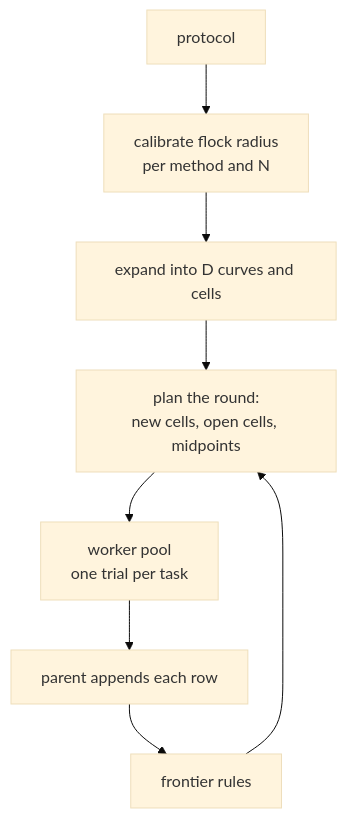
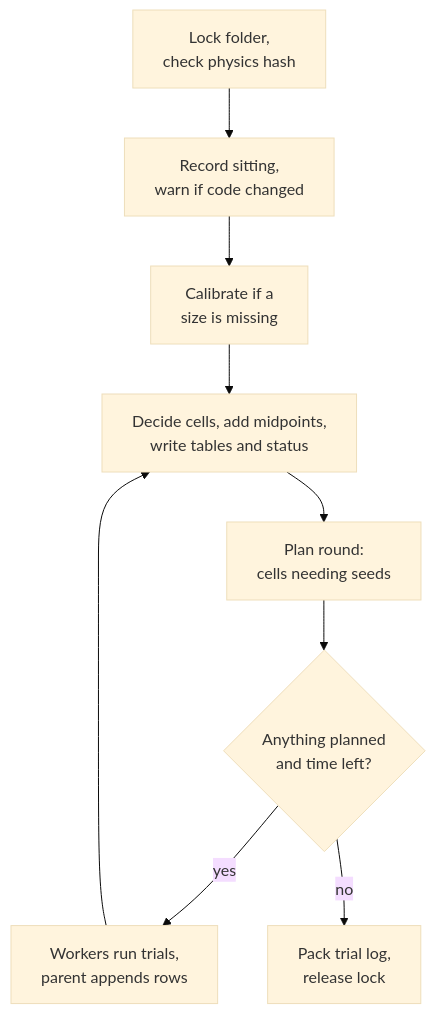
One commit to lykimq/HerdSim changed the third of 3 diagrams in docs/codes/architecture.md. Above: the diagram before and after it, drawn with Mermaid (base theme). The commit also changed other lines of this file and 10 other files, not shown here.

Commit message:
fix and work on the architecture

````diff
--- a/docs/codes/architecture.md
+++ b/docs/codes/architecture.md
@@ -211,10 +120,11 @@
 ```mermaid
 flowchart TB
-    PR["protocol"] --> CAL["calibrate flock radius<br/>per method and N"]
-    CAL --> EX["expand into D curves and cells"]
-    EX --> PL["plan the round:<br/>new cells, open cells, midpoints"]
-    PL --> POOL["worker pool<br/>one trial per task"]
-    POOL --> PAR["parent appends each row"]
-    PAR --> FR["frontier rules"]
-    FR --> PL
+    open["Lock folder,<br/>check physics hash"] --> record["Record sitting,<br/>warn if code changed"]
+    record --> calib["Calibrate if a<br/>size is missing"]
+    calib --> assess["Decide cells, add midpoints,<br/>write tables and status"]
+    assess --> plan["Plan round:<br/>cells needing seeds"]
+    plan --> stop{"Anything planned<br/>and time left?"}
+    stop -- "yes" --> pool["Workers run trials,<br/>parent appends rows"]
+    pool --> assess
+    stop -- "no" --> close["Pack trial log,<br/>release lock"]
 ```
````
